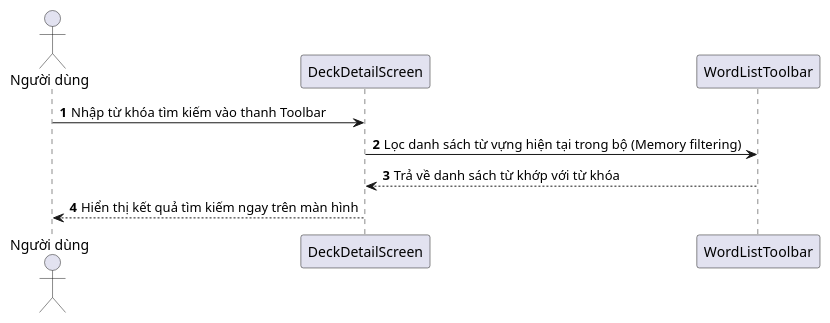
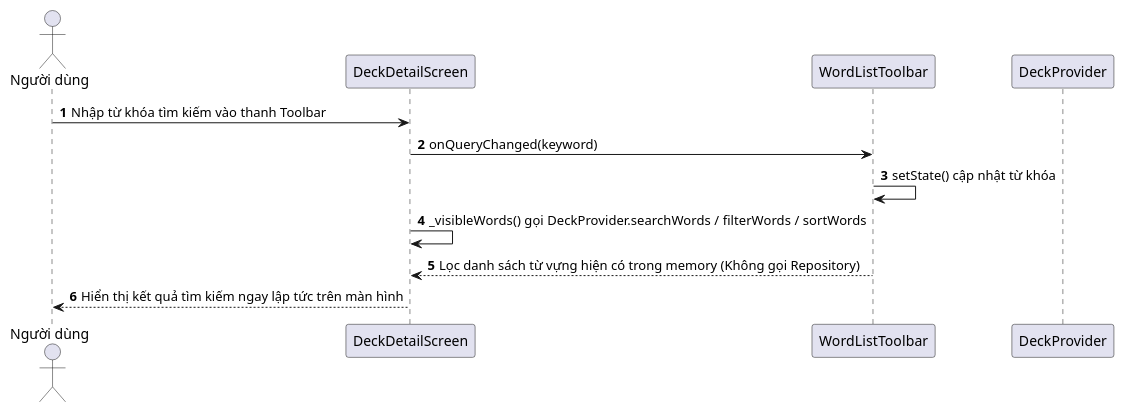
Before and after one commit to hoang-adu/2026_2027_1_1_LTTBDD_N01_Nhom_2: the diagram in docs/sequence_search_word.puml, drawn with PlantUML. The commit also changed 3 other files, not shown here.

Commit message:
docs: cập nhật chuẩn 4 sơ đồ tuần tự (study, quiz, search)

```diff
--- a/docs/sequence_search_word.puml
+++ b/docs/sequence_search_word.puml
@@ -1,11 +1,14 @@
 @startuml
 autonumber
 actor "Người dùng" as User
 participant "DeckDetailScreen" as UI
 participant "WordListToolbar" as Toolbar
+participant "DeckProvider" as Provider
 
 User -> UI: Nhập từ khóa tìm kiếm vào thanh Toolbar
-UI -> Toolbar: Lọc danh sách từ vựng hiện tại trong bộ (Memory filtering)
-Toolbar --> UI: Trả về danh sách từ khớp với từ khóa
-UI --> User: Hiển thị kết quả tìm kiếm ngay trên màn hình
+UI -> Toolbar: onQueryChanged(keyword)
+Toolbar -> Toolbar: setState() cập nhật từ khóa
+UI -> UI: _visibleWords() gọi DeckProvider.searchWords / filterWords / sortWords
+Toolbar --> UI: Lọc danh sách từ vựng hiện có trong memory (Không gọi Repository)
+UI --> User: Hiển thị kết quả tìm kiếm ngay lập tức trên màn hình
 @enduml
```
